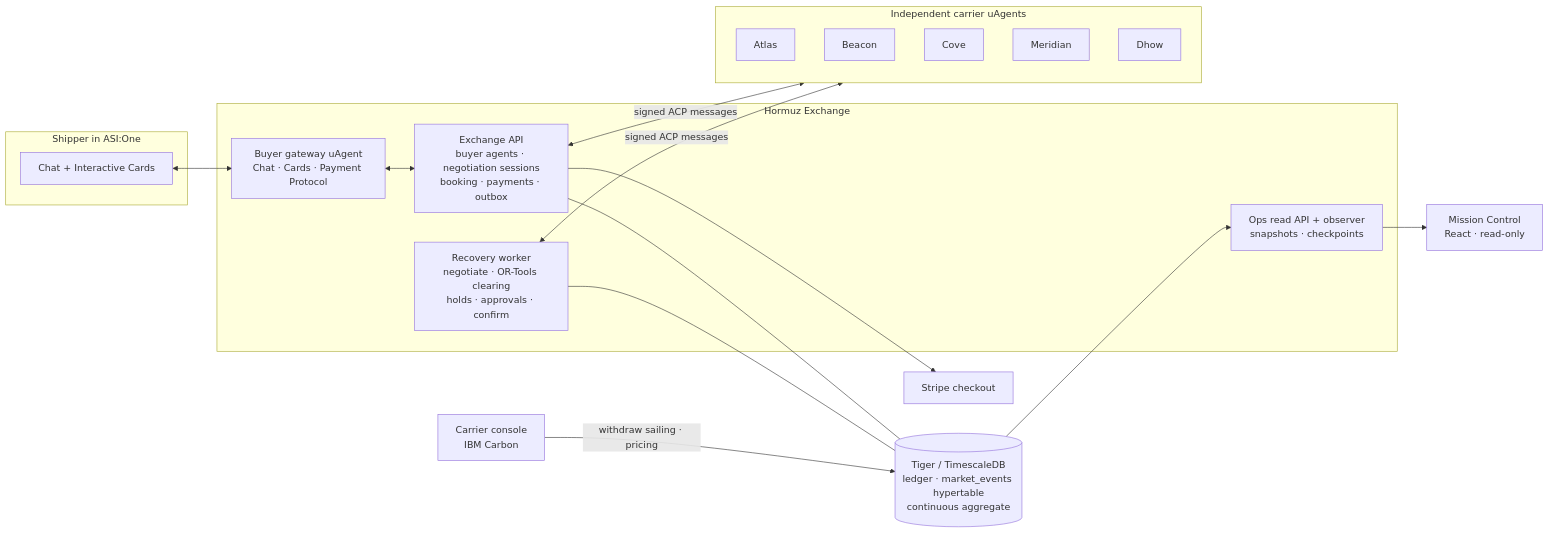
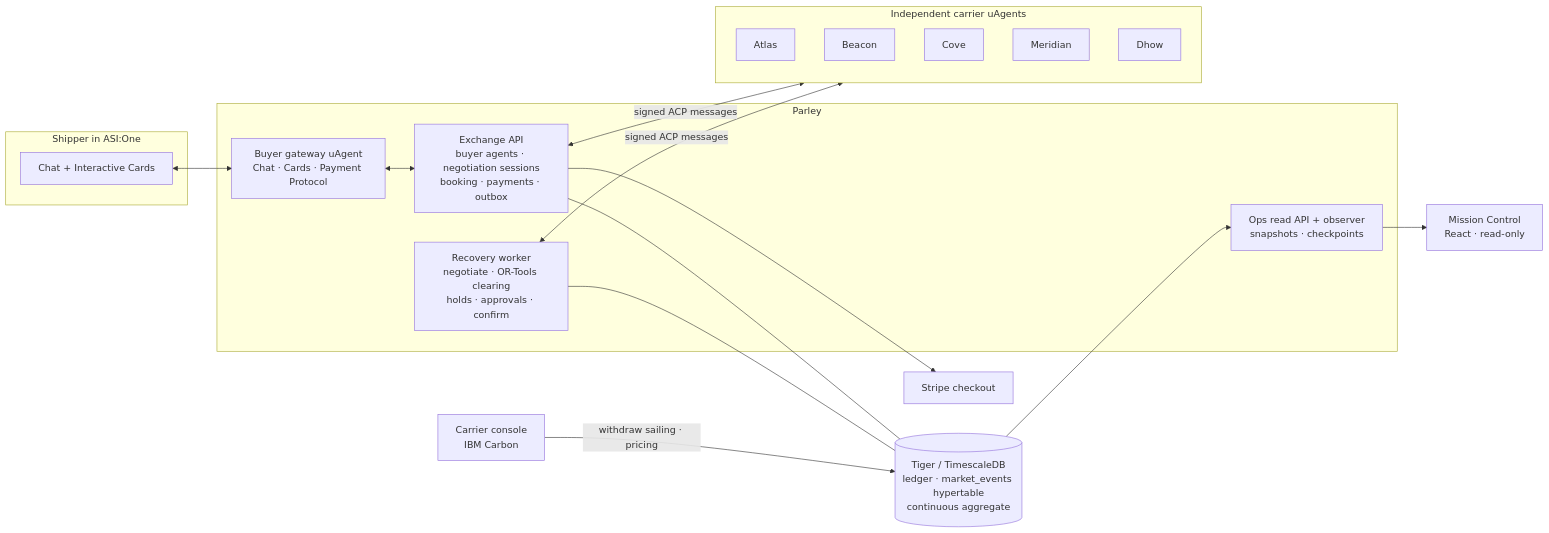
Before and after one commit to Parth-Dua/freight-recovery-exchange: the diagram in README.md, drawn with Mermaid. The commit also changed other lines of this file, not shown here.

Commit message:
README: product name is Parley, ASI:One handle @freight-parley

````diff
--- a/README.md
+++ b/README.md
@@ -62,29 +62,29 @@
 ```mermaid
 flowchart LR
     subgraph Buyer["Shipper in ASI:One"]
         U[Chat + Interactive Cards]
     end
-    subgraph Exchange["Hormuz Exchange"]
+    subgraph Exchange["Parley"]
         G[Buyer gateway uAgent<br/>Chat · Cards · Payment Protocol]
         API[Exchange API<br/>buyer agents · negotiation sessions<br/>booking · payments · outbox]
         W[Recovery worker<br/>negotiate · OR-Tools clearing<br/>holds · approvals · confirm]
         O[Ops read API + observer<br/>snapshots · checkpoints]
     end
     subgraph Carriers["Independent carrier uAgents"]
         C1[Atlas] & C2[Beacon] & C3[Cove] & C4[Meridian] & C5[Dhow]
     end
     CC[Carrier console<br/>IBM Carbon]
     MC[Mission Control<br/>React · read-only]
     T[(Tiger / TimescaleDB<br/>ledger · market_events hypertable<br/>continuous aggregate)]
     S[Stripe checkout]
 
     U <--> G
     G <--> API
     API <-->|signed ACP messages| Carriers
     W <-->|signed ACP messages| Carriers
     API --> S
     CC -->|withdraw sailing · pricing| T
     API --- T
     W --- T
     T --> O --> MC
 ```
````
